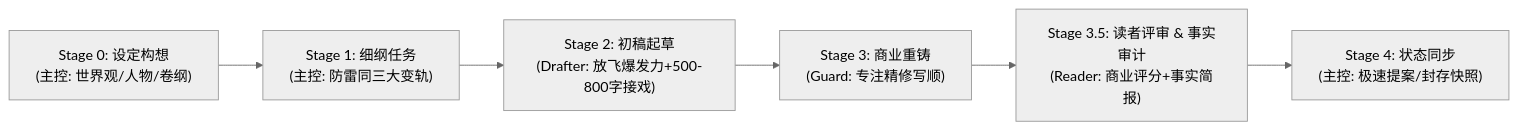
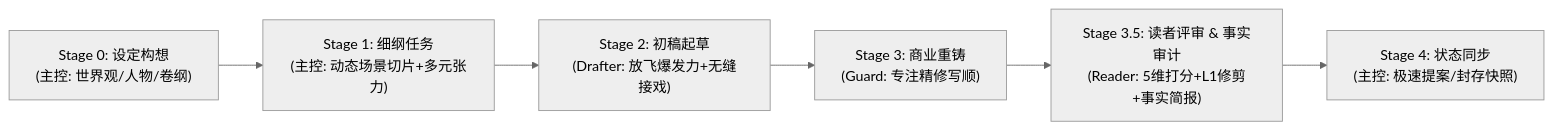
Before and after one commit to cg110902/NOVEL: the diagram in AGENTS.md, drawn with Mermaid (neutral theme). The commit also changed other lines of this file and 23 other files, not shown here.

````diff
--- a/AGENTS.md
+++ b/AGENTS.md
@@ -24,8 +24,8 @@
 ```mermaid
 graph LR
-    S0["Stage 0: 设定构想<br/>(主控: 世界观/人物/卷纲)"] --> S1["Stage 1: 细纲任务<br/>(主控: 防雷同三大变轨)"]
-    S1 --> S2["Stage 2: 初稿起草<br/>(Drafter: 放飞爆发力+500-800字接戏)"]
+    S0["Stage 0: 设定构想<br/>(主控: 世界观/人物/卷纲)"] --> S1["Stage 1: 细纲任务<br/>(主控: 动态场景切片+多元张力)"]
+    S1 --> S2["Stage 2: 初稿起草<br/>(Drafter: 放飞爆发力+无缝接戏)"]
     S2 --> S3["Stage 3: 商业重铸<br/>(Guard: 专注精修写顺)"]
-    S3 --> S35["Stage 3.5: 读者评审 & 事实审计<br/>(Reader: 商业评分+事实简报)"]
+    S3 --> S35["Stage 3.5: 读者评审 & 事实审计<br/>(Reader: 5维打分+L1修剪+事实简报)"]
     S35 --> S4["Stage 4: 状态同步<br/>(主控: 极速提案/封存快照)"]
 ```
````
